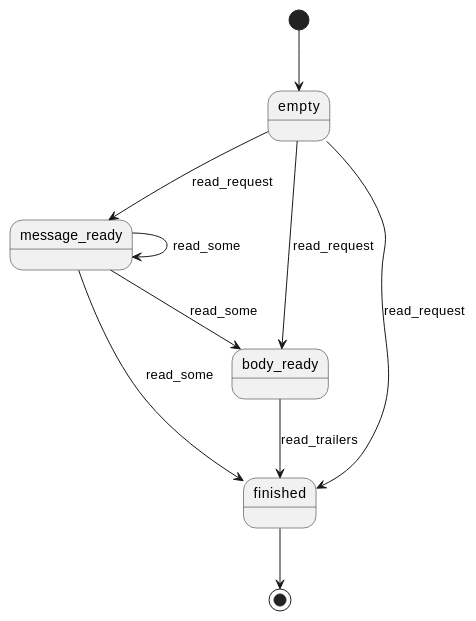
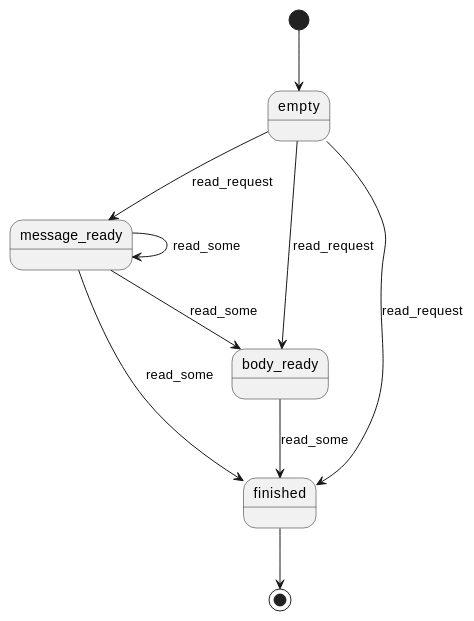
The first of 2 diagrams in doc/ref/read_state.adoc (BoostGSoC14/boost.http), drawn with PlantUML before and after one commit. The commit also changed other lines of this file and 33 other files, not shown here.

Commit message:
Remove `async_read_trailers()`

```diff
--- a/doc/ref/read_state.adoc
+++ b/doc/ref/read_state.adoc
@@ -23,22 +23,22 @@
 [plantuml,read_request_state,title="Incoming request"]
 ----
 @startuml
 state empty
 state message_ready
 state body_ready
 state finished
 
 [*] --> empty
 finished --> [*]
 
 empty --> message_ready : read_request
 empty --> body_ready : read_request
 empty --> finished : read_request
 
 message_ready --> message_ready : read_some
 message_ready --> body_ready : read_some
 message_ready --> finished : read_some
 
-body_ready --> finished : read_trailers
+body_ready --> finished : read_some
 @enduml
 ----
```
